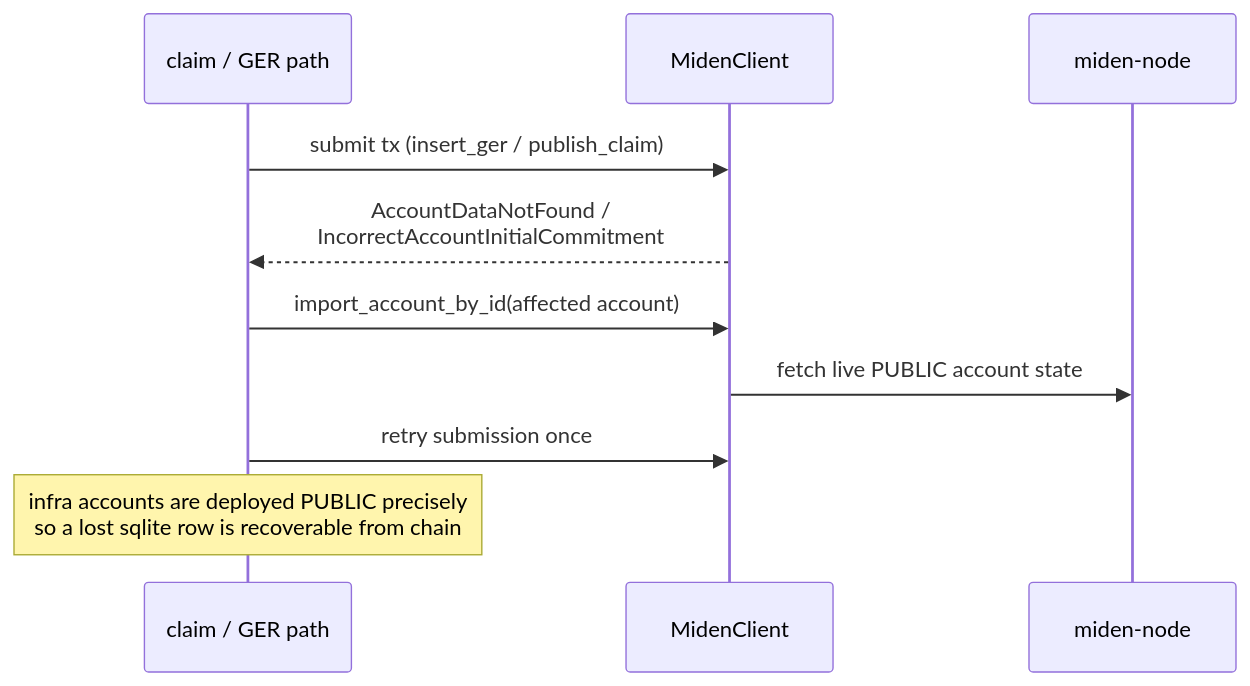
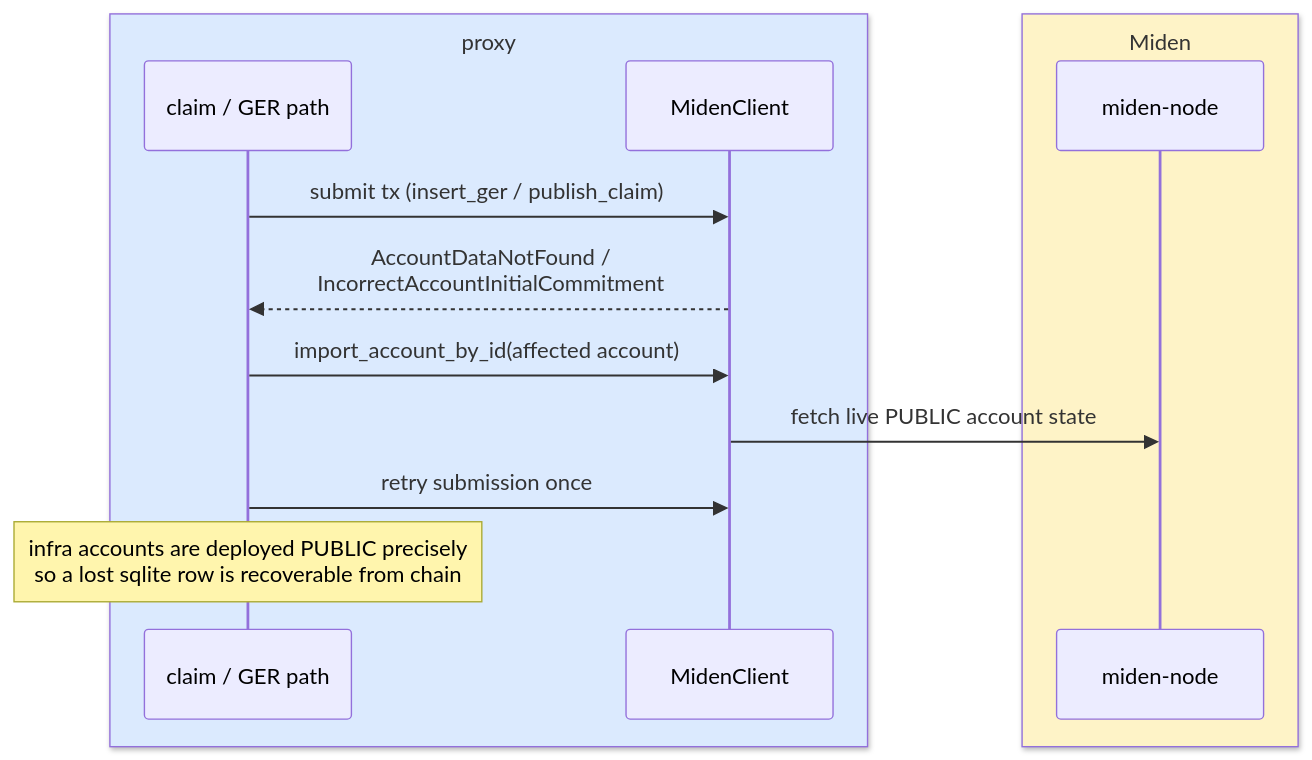
One commit to gateway-fm/miden-agglayer changed the seventh of 7 diagrams in docs/ARCHITECTURE.md. Above: the diagram before and after it, drawn with Mermaid. The commit also changed other lines of this file, not shown here.

Commit message:
docs: color-code sequence diagrams (box grouping: proxy=blue, external=amber)

````diff
--- a/docs/ARCHITECTURE.md
+++ b/docs/ARCHITECTURE.md
@@ -244,13 +272,17 @@
 ```mermaid
 sequenceDiagram
-    participant CP as claim / GER path
-    participant MC as MidenClient
-    participant N as miden-node
+    box rgb(219,234,254) proxy
+        participant CP as claim / GER path
+        participant MC as MidenClient
+    end
+    box rgb(254,243,199) Miden
+        participant N as miden-node
+    end
 
     CP->>MC: submit tx (insert_ger / publish_claim)
     MC-->>CP: AccountDataNotFound /<br/>IncorrectAccountInitialCommitment
     CP->>MC: import_account_by_id(affected account)
     MC->>N: fetch live PUBLIC account state
     CP->>MC: retry submission once
     Note over CP: infra accounts are deployed PUBLIC precisely<br/>so a lost sqlite row is recoverable from chain
 ```
````
